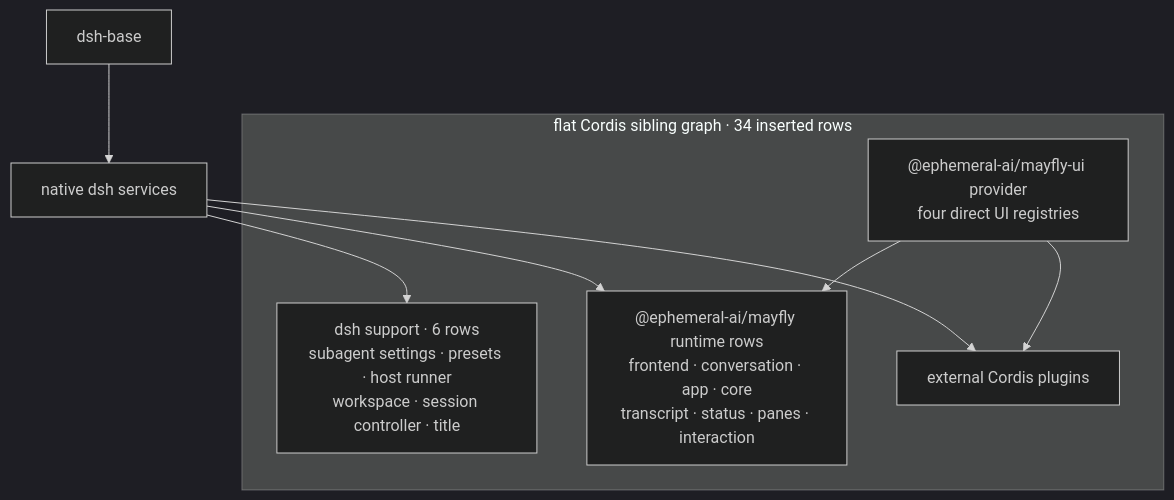
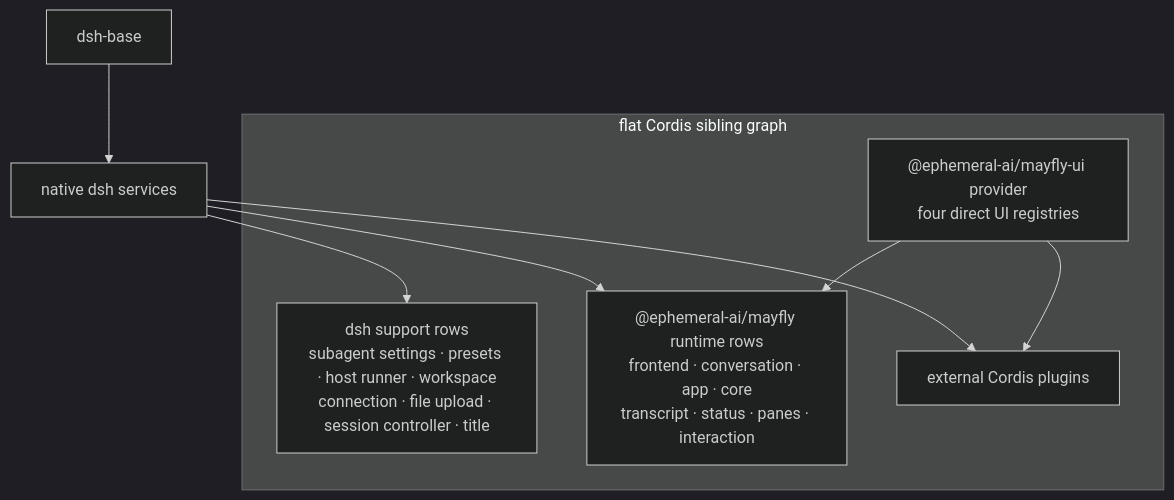
The diagram in docs/diagrams/mayfly-composition.mmd (Ephemeral-AI-Lab/mayfly), drawn with Mermaid (dark theme) before and after one commit. The commit also changed 44 other files, not shown here.

```diff
--- a/docs/diagrams/mayfly-composition.mmd
+++ b/docs/diagrams/mayfly-composition.mmd
@@ -1,16 +1,16 @@
 flowchart TB
     BASE["dsh-base"]
-    subgraph GRAPH["flat Cordis sibling graph · 34 inserted rows"]
-        SUPPORT["dsh support · 6 rows<br/>subagent settings · presets · host runner<br/>workspace · session controller · title"]
+    subgraph GRAPH["flat Cordis sibling graph"]
+        SUPPORT["dsh support rows<br/>subagent settings · presets · host runner · workspace<br/>connection · file upload · session controller · title"]
         UI["@ephemeral-ai/mayfly-ui provider<br/>four direct UI registries"]
         RUNTIME["@ephemeral-ai/mayfly runtime rows<br/>frontend · conversation · app · core<br/>transcript · status · panes · interaction"]
         PLUGINS["external Cordis plugins"]
     end
     NATIVE["native dsh services"]
 
     BASE --> NATIVE
     NATIVE --> SUPPORT
     NATIVE --> RUNTIME
     NATIVE --> PLUGINS
     UI --> RUNTIME
     UI --> PLUGINS
```
